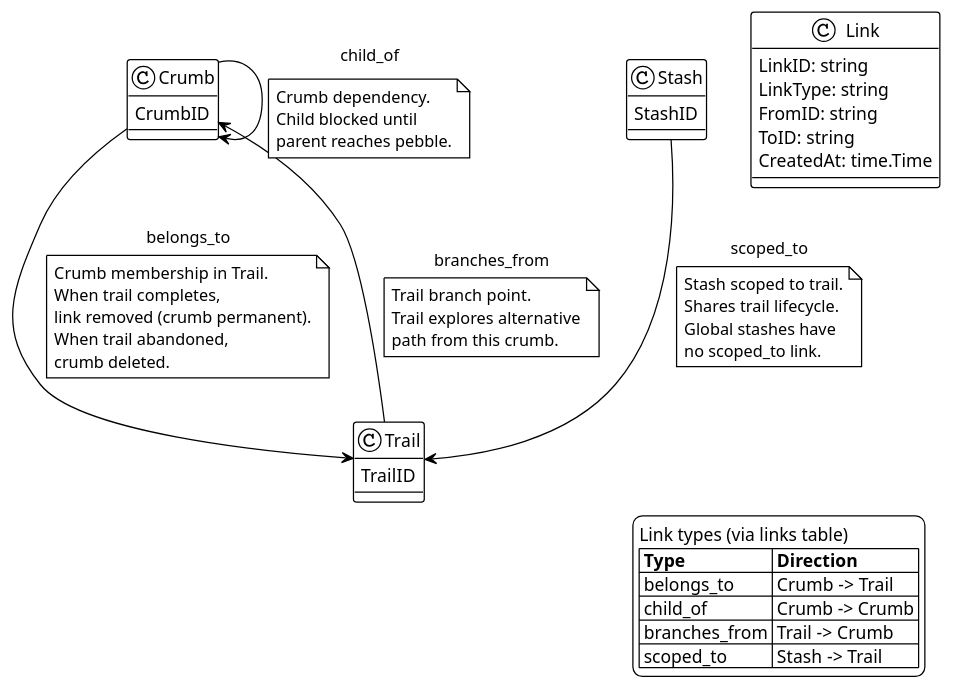
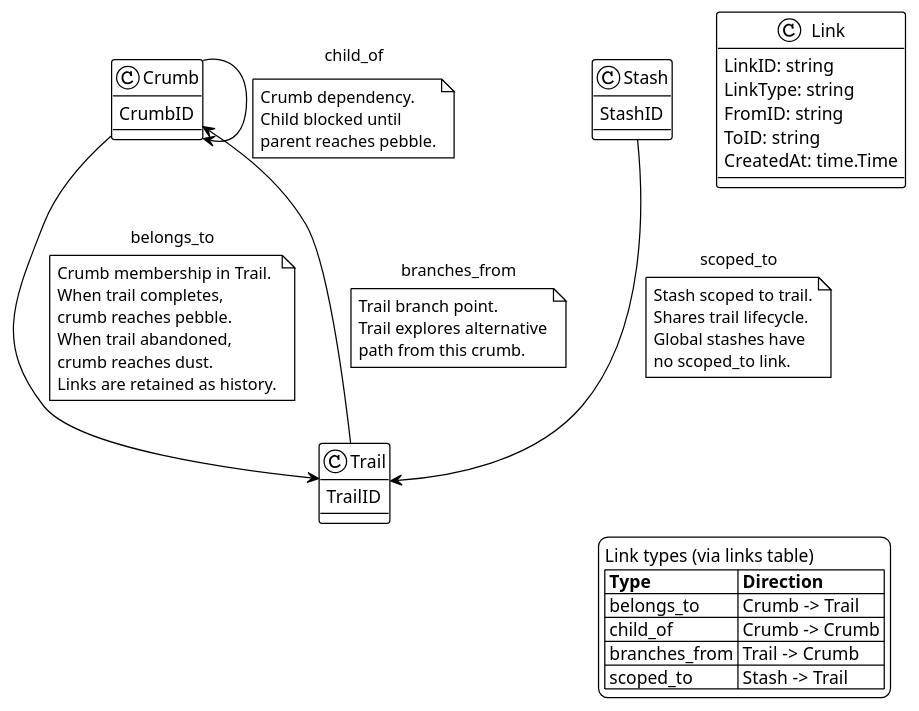
Before and after one commit to mesh-intelligence/crumbs: the second of 4 diagrams in docs/ARCHITECTURE.md, drawn with PlantUML. The commit also changed other lines of this file, not shown here.

First line of the commit message:
Resolve all TODOs and FIXME in ARCHITECTURE.md

````diff
--- a/docs/ARCHITECTURE.md
+++ b/docs/ARCHITECTURE.md
@@ -71,72 +65,73 @@
 ```plantuml
 @startuml graph-model
 !theme plain
 skinparam backgroundColor white
 skinparam classAttributeIconSize 0
 
 ' Entity types (simplified)
 class Crumb {
     CrumbID
 }
 
 class Trail {
     TrailID
 }
 
 class Stash {
     StashID
 }
 
 ' Link entity (central node)
 class Link {
     LinkID: string
     LinkType: string
     FromID: string
     ToID: string
     CreatedAt: time.Time
 }
 
 ' Link types as relationships
 Crumb --> Trail : belongs_to
 note on link
     Crumb membership in Trail.
     When trail completes,
-    link removed (crumb permanent).
+    crumb reaches pebble.
     When trail abandoned,
-    crumb deleted.
+    crumb reaches dust.
+    Links are retained as history.
 end note
 
 Crumb --> Crumb : child_of
 note on link
     Crumb dependency.
     Child blocked until
     parent reaches pebble.
 end note
 
 Trail --> Crumb : branches_from
 note on link
     Trail branch point.
     Trail explores alternative
     path from this crumb.
 end note
 
 Stash --> Trail : scoped_to
 note on link
     Stash scoped to trail.
     Shares trail lifecycle.
     Global stashes have
     no scoped_to link.
 end note
 
 ' Legend
 legend right
     Link types (via links table)
     |= Type |= Direction |
     | belongs_to | Crumb -> Trail |
     | child_of | Crumb -> Crumb |
     | branches_from | Trail -> Crumb |
     | scoped_to | Stash -> Trail |
 endlegend
 
 @enduml
 ```
````
